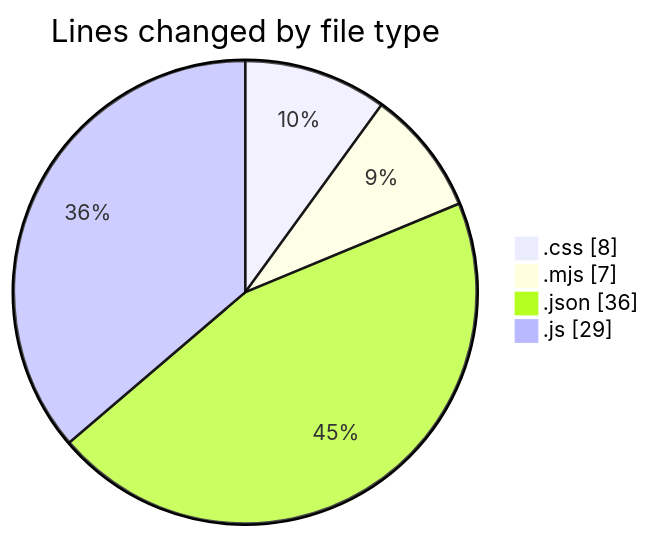
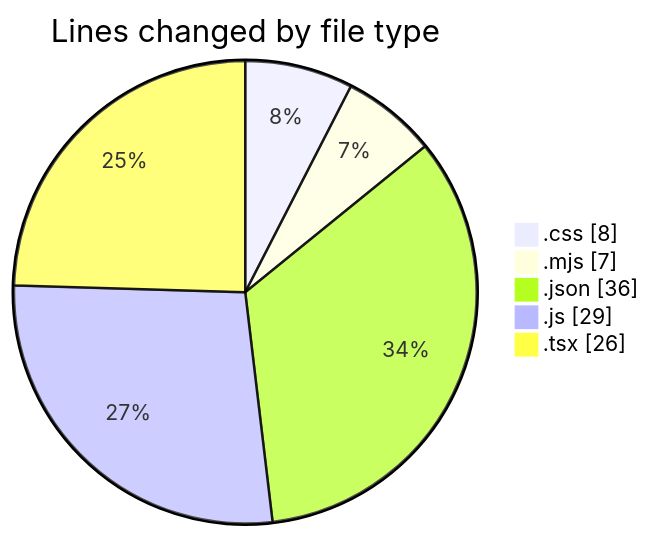
Before and after one commit to Ritupan-Deka/code-tracking: the first of 2 diagrams in 2025-06-23/scopecraft/README.md, drawn with Mermaid. The commit also changed other lines of this file and 1 other file, not shown here.

````diff
--- a/2025-06-23/scopecraft/README.md
+++ b/2025-06-23/scopecraft/README.md
@@ -23,8 +24,9 @@
 ```mermaid
 pie showData
 title Lines changed by file type
 ".css" : 8
 ".mjs" : 7
 ".json" : 36
 ".js" : 29
+".tsx" : 26
 ```
````
